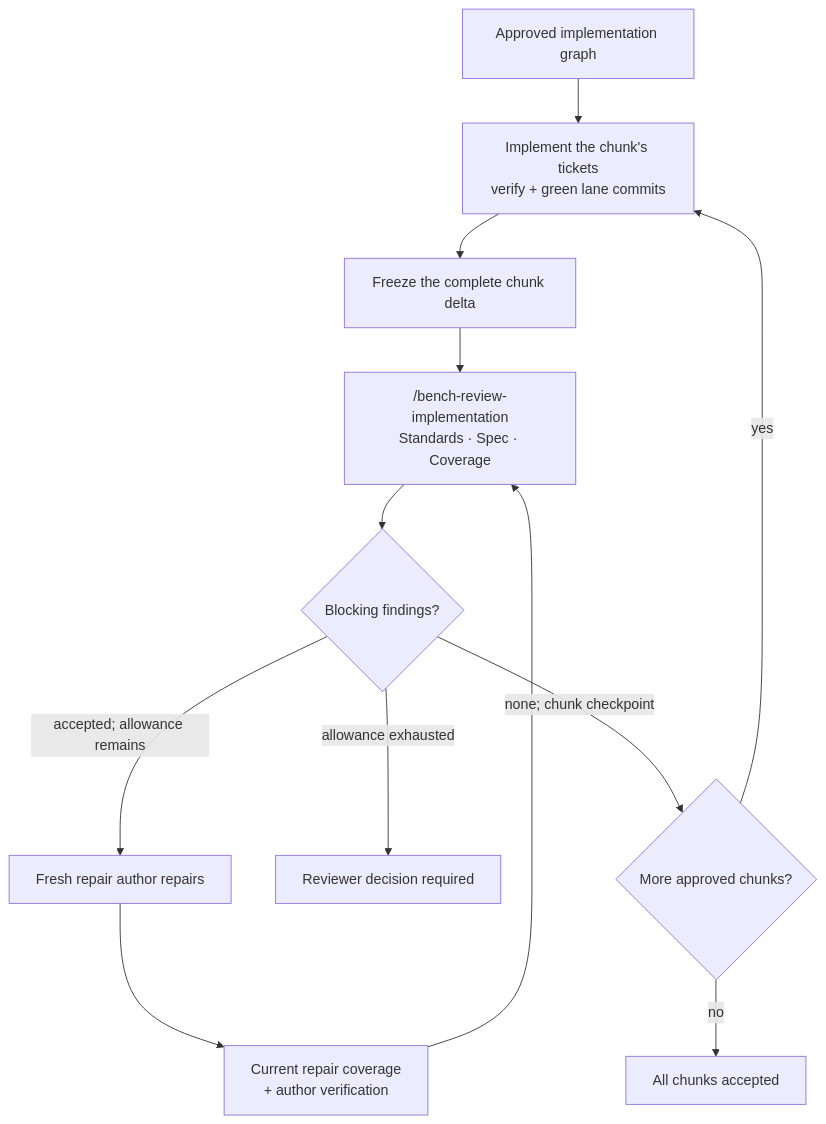
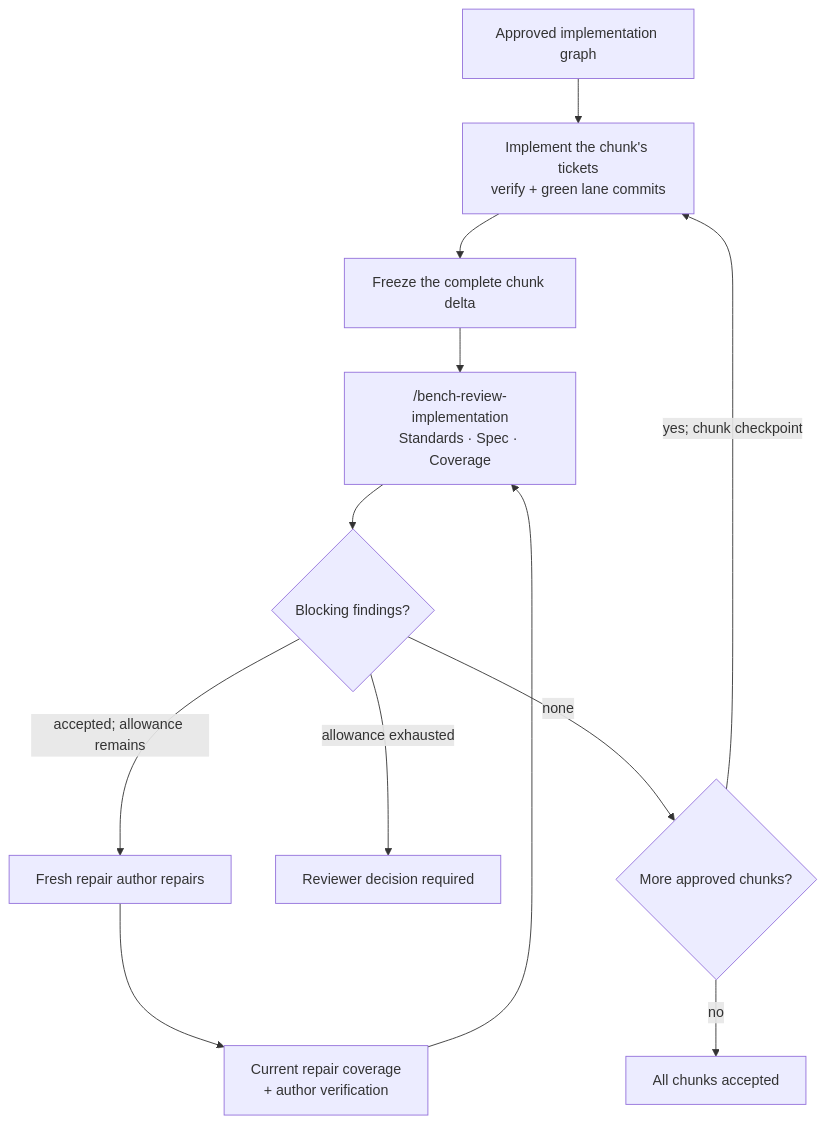
The second of 4 diagrams in README.md (gibbonmi/bench), drawn with Mermaid before and after one commit. The commit also changed 6 other files, not shown here.

First line of the commit message:
build-directions 03: close the last chunk through the complete checkpoint

````diff
--- a/README.md
+++ b/README.md
@@ -71,14 +71,14 @@
 ```mermaid
 flowchart TD
     approved["Approved implementation graph"] --> chunk["Implement the chunk's tickets<br/>verify + green lane commits"]
     chunk --> frozen["Freeze the complete chunk delta"]
     frozen --> review["/bench-review-implementation<br/>Standards · Spec · Coverage"]
     review --> blockers{"Blocking findings?"}
     blockers -->|"accepted; allowance remains"| repair["Fresh repair author repairs"]
     repair --> coverage["Current repair coverage<br/>+ author verification"]
     coverage --> review
     blockers -->|"allowance exhausted"| decision["Reviewer decision required"]
-    blockers -->|"none; chunk checkpoint"| more{"More approved chunks?"}
-    more -->|"yes"| chunk
+    blockers -->|"none"| more{"More approved chunks?"}
+    more -->|"yes; chunk checkpoint"| chunk
     more -->|"no"| accepted["All chunks accepted"]
 ```
````
